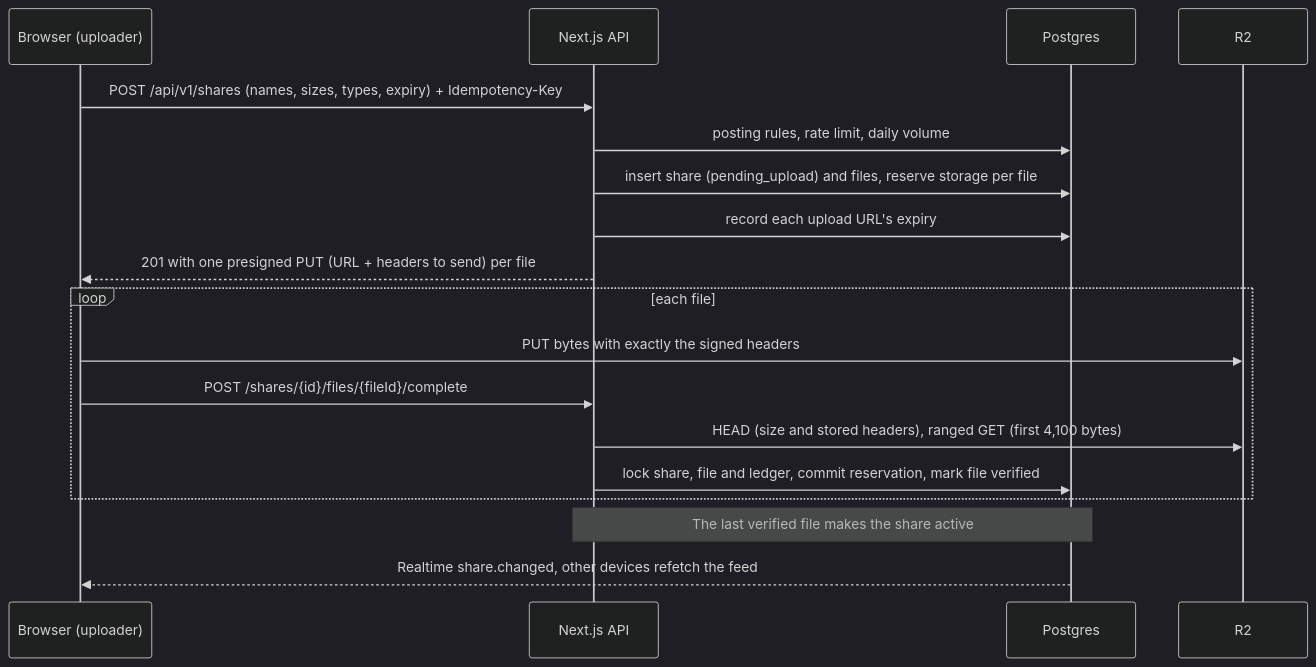
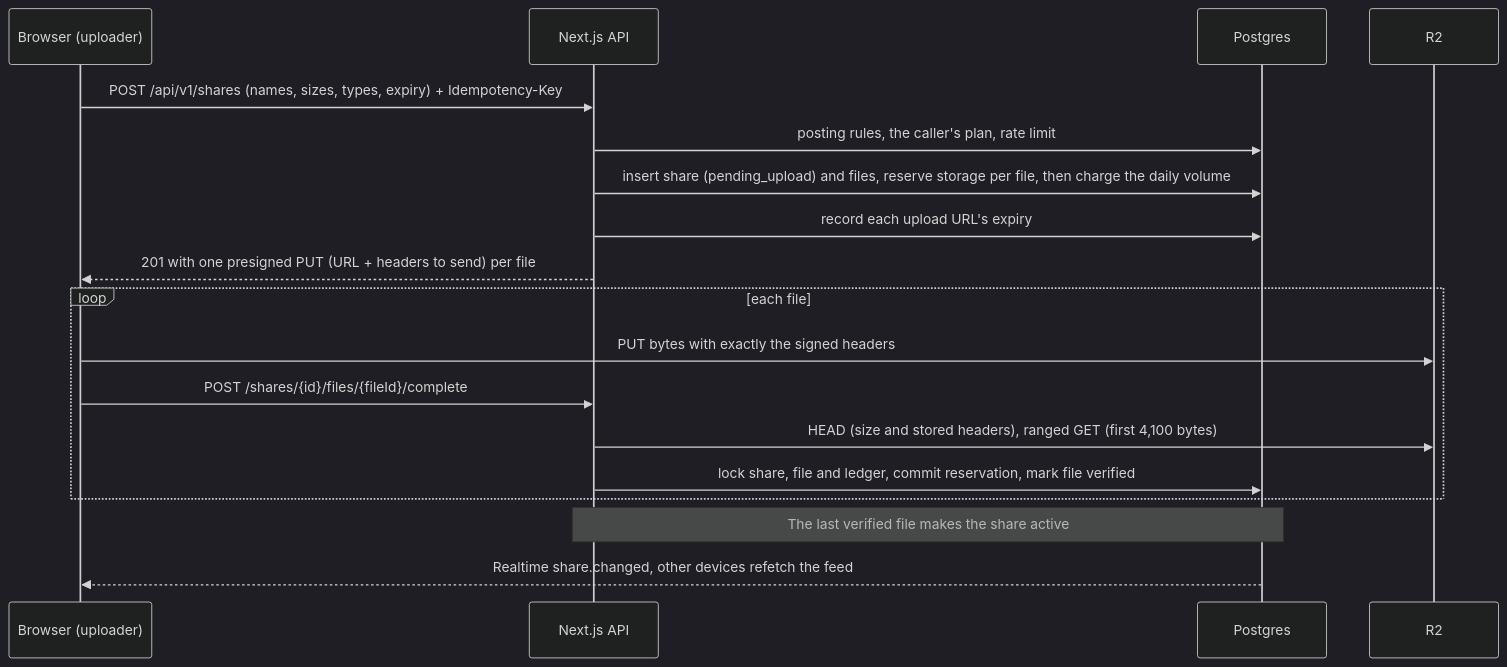
Before and after one commit to waqas-gul/local-saver: the second of 10 diagrams in project-docs-workthrough/ARCHITECTURE.md, drawn with Mermaid (dark theme). The commit also changed other lines of this file and 336 other files, not shown here.

````diff
--- a/project-docs-workthrough/ARCHITECTURE.md
+++ b/project-docs-workthrough/ARCHITECTURE.md
@@ -570,20 +685,20 @@
 ```mermaid
 sequenceDiagram
   participant B as Browser (uploader)
   participant A as Next.js API
   participant D as Postgres
   participant S as R2
   B->>A: POST /api/v1/shares (names, sizes, types, expiry) + Idempotency-Key
-  A->>D: posting rules, rate limit, daily volume
-  A->>D: insert share (pending_upload) and files, reserve storage per file
+  A->>D: posting rules, the caller's plan, rate limit
+  A->>D: insert share (pending_upload) and files, reserve storage per file, then charge the daily volume
   A->>D: record each upload URL's expiry
   A-->>B: 201 with one presigned PUT (URL + headers to send) per file
   loop each file
     B->>S: PUT bytes with exactly the signed headers
     B->>A: POST /shares/{id}/files/{fileId}/complete
     A->>S: HEAD (size and stored headers), ranged GET (first 4,100 bytes)
     A->>D: lock share, file and ledger, commit reservation, mark file verified
   end
   Note over A,D: The last verified file makes the share active
   D-->>B: Realtime share.changed, other devices refetch the feed
 ```
````
